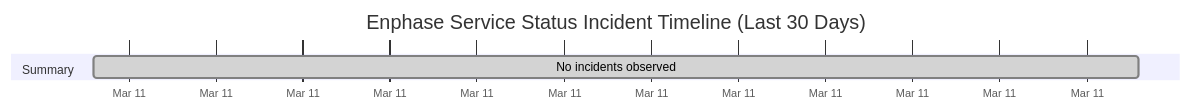
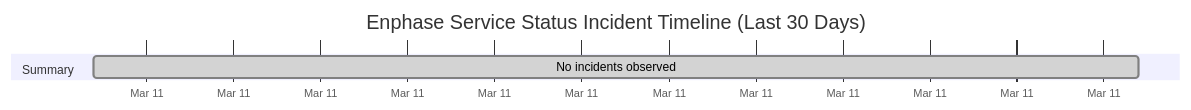
The diagram in wiki/Service-Status-History.md (barneyonline/ha-enphase-ev-charger), drawn with Mermaid before and after one commit. The commit also changed other lines of this file and 3 other files, not shown here.

````diff
--- a/wiki/Service-Status-History.md
+++ b/wiki/Service-Status-History.md
@@ -14,8 +14,8 @@
 ```mermaid
 gantt
     title Enphase Service Status Incident Timeline (Last 30 Days)
     dateFormat  YYYY-MM-DDTHH:mm:ss
     axisFormat  %b %d
     section Summary
-    No incidents observed :done, 2026-03-11T12:38:03, 1m
+    No incidents observed :done, 2026-03-11T13:59:12, 1m
 ```
````
